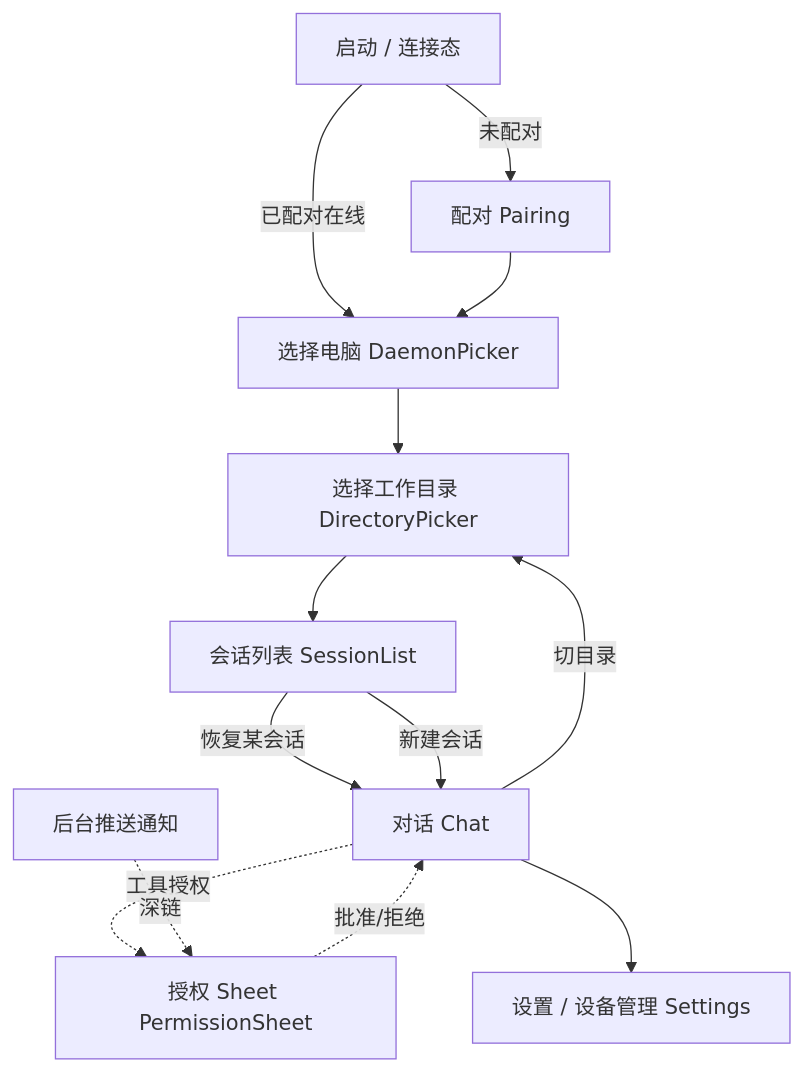
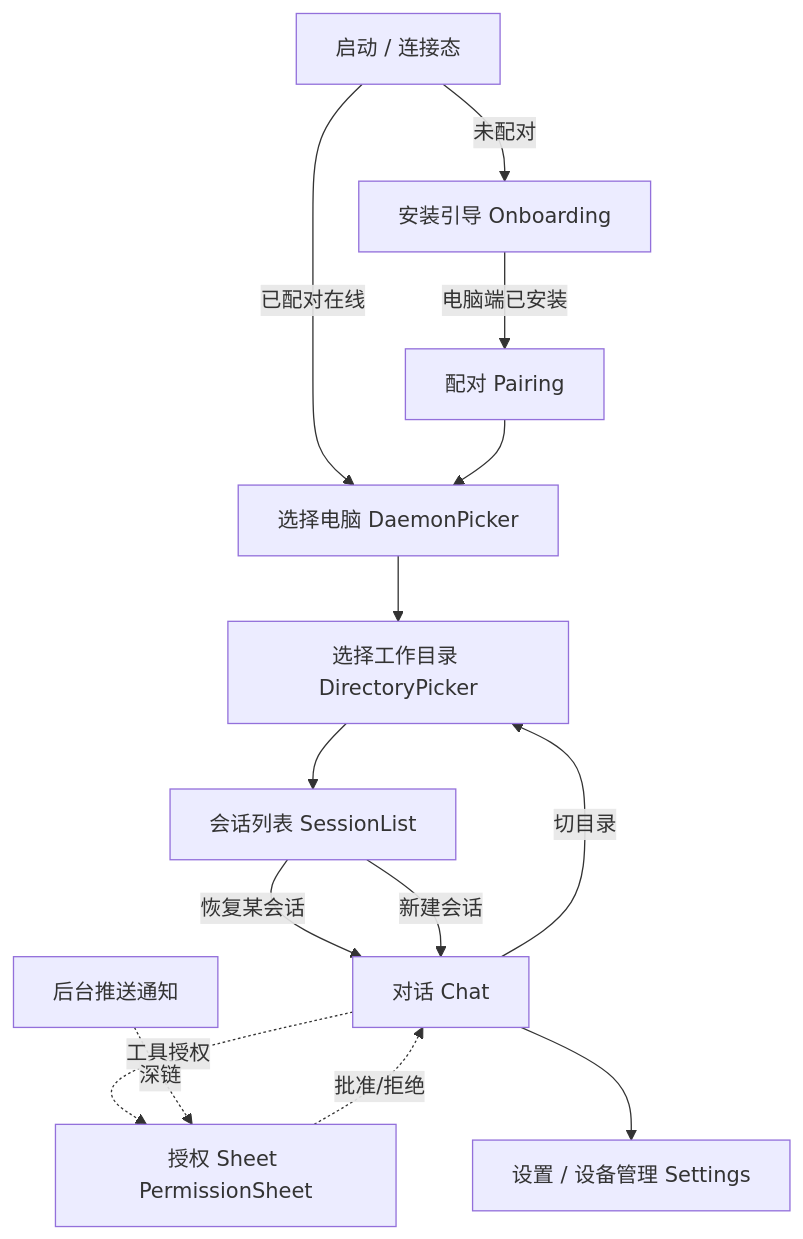
The diagram in docs/design/UI-DESIGN.md (heypandax/cc-pocket), drawn with Mermaid before and after one commit. The commit also changed other lines of this file and 8 other files, not shown here.

````diff
--- a/docs/design/UI-DESIGN.md
+++ b/docs/design/UI-DESIGN.md
@@ -91,15 +91,16 @@
 ```mermaid
 flowchart TD
-    S[启动 / 连接态] -->|未配对| P[配对 Pairing]
+    S[启动 / 连接态] -->|未配对| O[安装引导 Onboarding]
+    O -->|电脑端已安装| P[配对 Pairing]
     S -->|已配对在线| D
     P --> D[选择电脑 DaemonPicker]
     D --> DIR[选择工作目录 DirectoryPicker]
     DIR --> SL[会话列表 SessionList]
     SL -->|恢复某会话| C[对话 Chat]
     SL -->|新建会话| C
     C -->|切目录| DIR
     C -.工具授权.-> PS[授权 Sheet PermissionSheet]
     PS -.批准/拒绝.-> C
     N[后台推送通知] -.深链.-> PS
     C --> SET[设置 / 设备管理 Settings]
 ```
````
